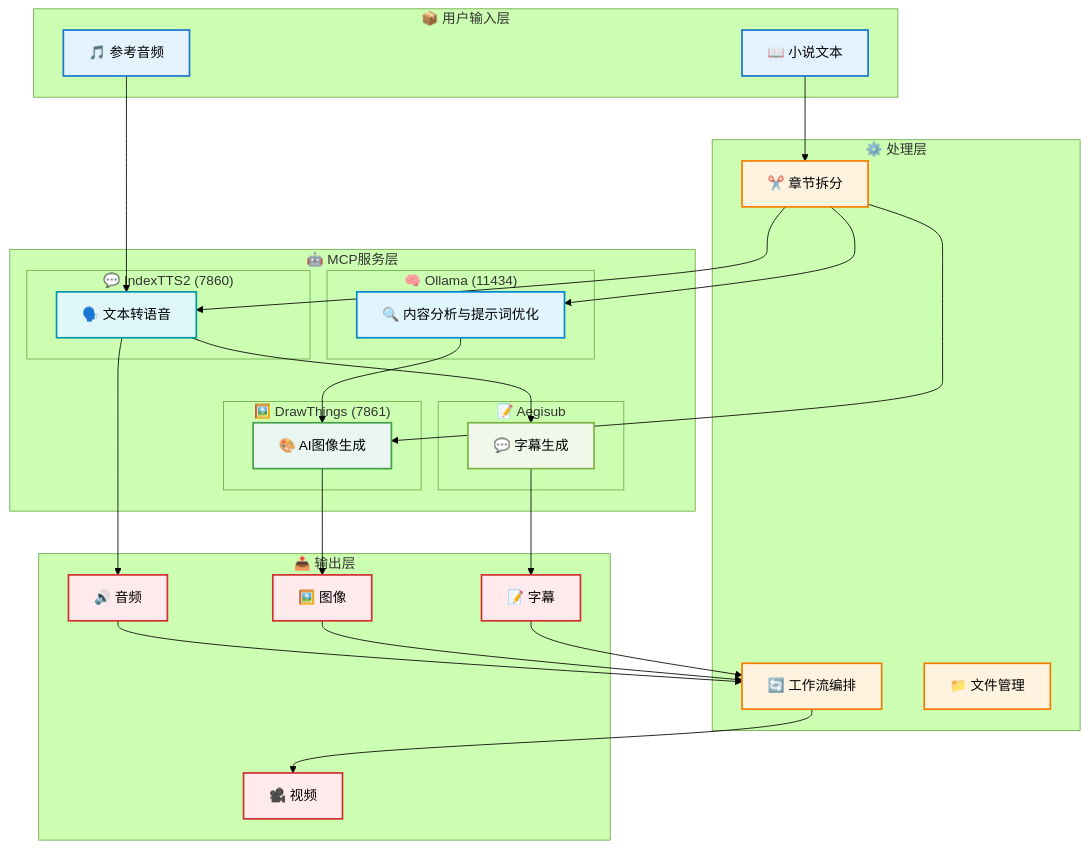
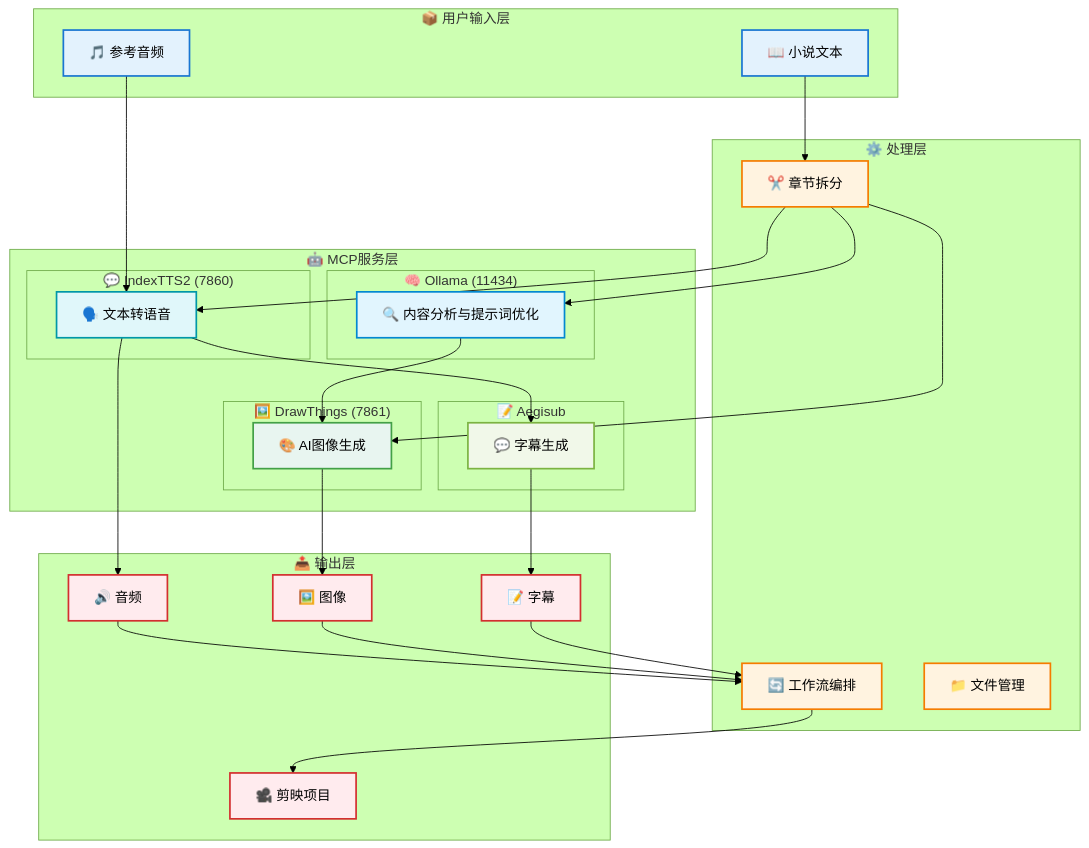
Before and after one commit to hulutech-web/novel-video-workflow: the diagram in README.md, drawn with Mermaid (forest theme). The commit also changed other lines of this file and 101 other files, not shown here.

````diff
--- a/README.md
+++ b/README.md
@@ -18,73 +32,73 @@
 ```mermaid
 graph TB
     subgraph "📦 用户输入层"
         A[📖 小说文本]
         B[🎵 参考音频]
     end
     
     subgraph "🤖 MCP服务层"
         subgraph "🧠 Ollama (11434)"
             O[🔍 内容分析与提示词优化]
         end
         
         subgraph "💬 IndexTTS2 (7860)"
             T[🗣️ 文本转语音]
         end
         
         subgraph "🖼️ DrawThings (7861)"
             D[🎨 AI图像生成]
         end
         
         subgraph "📝 Aegisub"
             S[💬 字幕生成]
         end
     end
     
     subgraph "⚙️ 处理层"
         P1[✂️ 章节拆分]
         P2[🔄 工作流编排]
         P3[📁 文件管理]
     end
     
     subgraph "📤 输出层"
         OUT1[🔊 音频]
         OUT2[🖼️ 图像]
         OUT3[📝 字幕]
-        OUT4[🎥 视频]
+        OUT4[🎥 剪映项目]
     end
 
     A --> P1
     B --> T
     P1 --> O
     P1 --> T
     P1 --> D
     O --> D
     T --> OUT1
     D --> OUT2
     T --> S
     S --> OUT3
     OUT1 --> P2
     OUT2 --> P2
     OUT3 --> P2
     P2 --> OUT4
     
     %% 颜色定义
     classDef inputClass fill:#e3f2fd,stroke:#1976d2,stroke-width:2px,color:#000
     classDef mcpClass fill:#f3e5f5,stroke:#7b1fa2,stroke-width:2px,color:#000
     classDef serviceClass fill:#e8f5e8,stroke:#388e3c,stroke-width:2px,color:#000
     classDef componentClass fill:#fff3e0,stroke:#f57c00,stroke-width:2px,color:#000
     classDef outputClass fill:#ffebee,stroke:#d32f2f,stroke-width:2px,color:#000
     classDef olamaClass fill:#e1f5fe,stroke:#0288d1,stroke-width:2px,color:#000
     classDef indexttsClass fill:#e0f7fa,stroke:#0097a7,stroke-width:2px,color:#000
     classDef drawthingsClass fill:#e8f5f0,stroke:#43a047,stroke-width:2px,color:#000
     classDef aegisubClass fill:#f1f8e9,stroke:#7cb342,stroke-width:2px,color:#000
 
     %% 应用颜色类
     class A,B inputClass
     class O olamaClass
     class T indexttsClass
     class D drawthingsClass
     class S aegisubClass
     class P1,P2,P3 componentClass
     class OUT1,OUT2,OUT3,OUT4 outputClass
 ```
````
